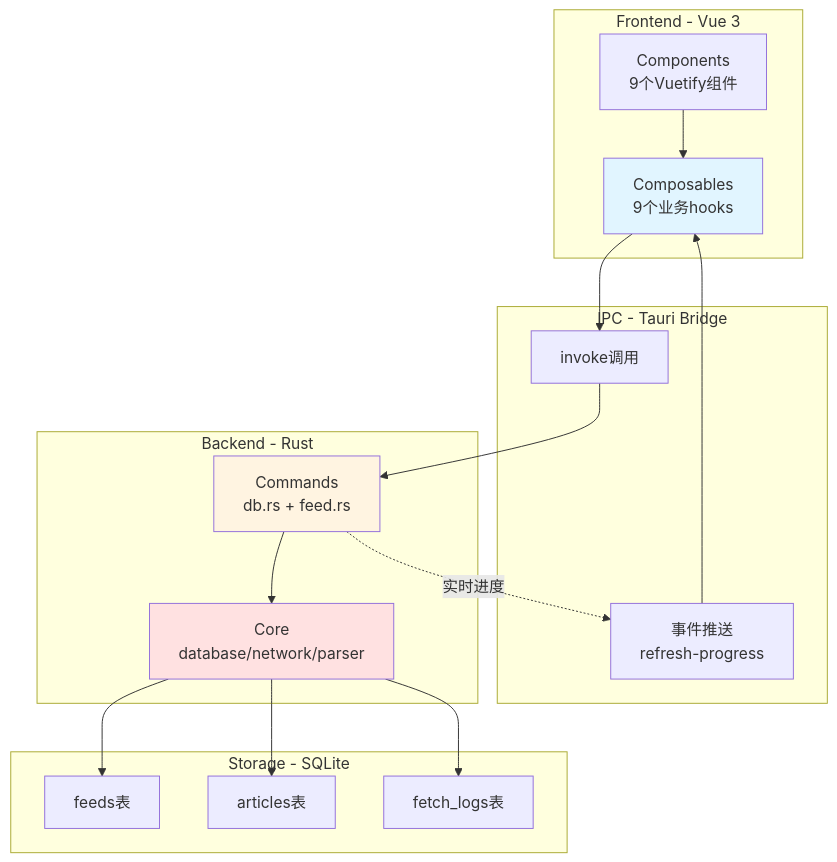
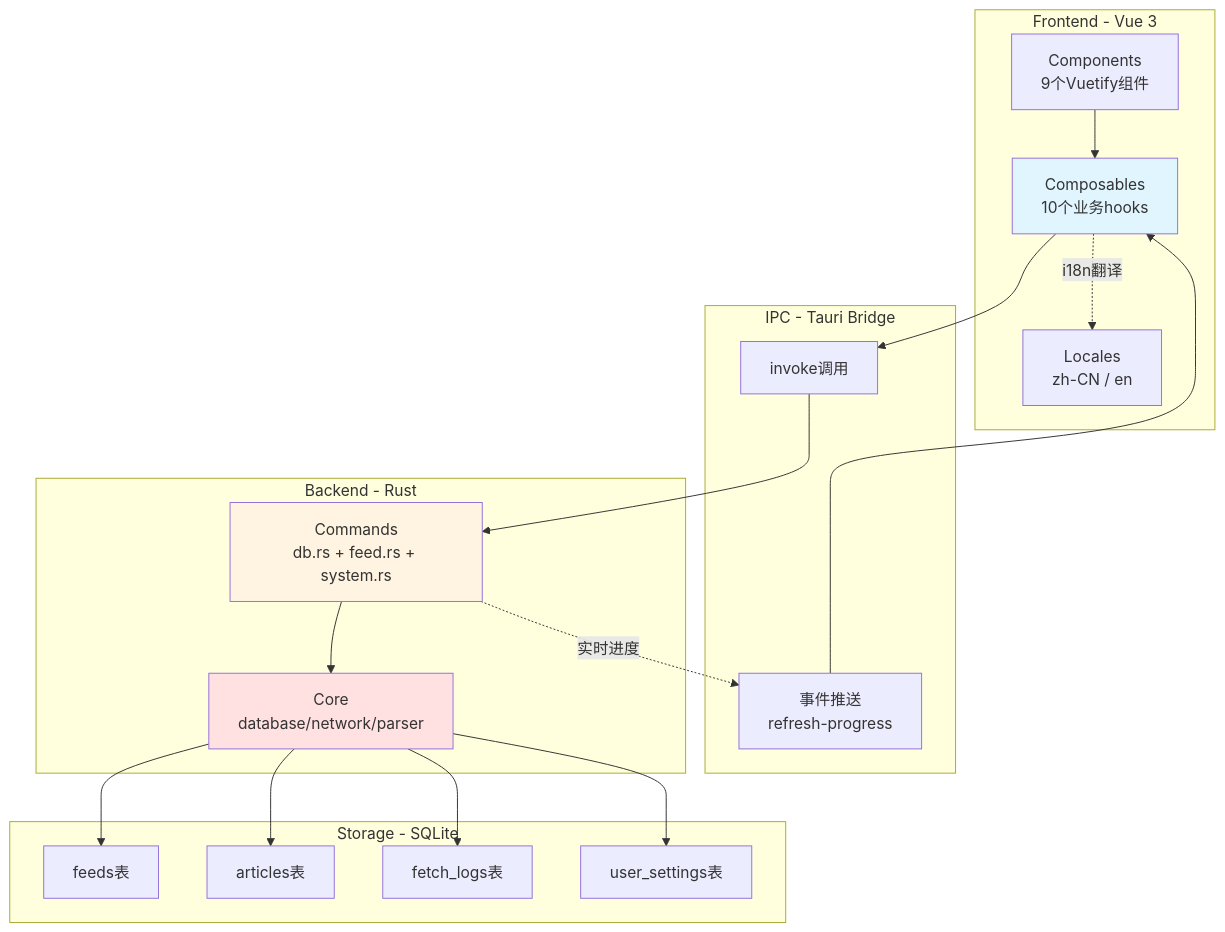
The diagram in .wiki/Architecture.md (shawicx/scx-rss), drawn with Mermaid before and after one commit. The commit also changed other lines of this file and 25 other files, not shown here.

````diff
--- a/.wiki/Architecture.md
+++ b/.wiki/Architecture.md
@@ -5,37 +5,41 @@
 ```mermaid
 graph TB
     subgraph "Frontend - Vue 3"
         A[Components<br/>9个Vuetify组件]
-        B[Composables<br/>9个业务hooks]
+        B[Composables<br/>10个业务hooks]
+        I18N[Locales<br/>zh-CN / en]
     end
 
     subgraph "IPC - Tauri Bridge"
         C[invoke调用]
         D[事件推送<br/>refresh-progress]
     end
 
     subgraph "Backend - Rust"
-        E[Commands<br/>db.rs + feed.rs]
+        E[Commands<br/>db.rs + feed.rs + system.rs]
         F[Core<br/>database/network/parser]
     end
 
     subgraph "Storage - SQLite"
         G[feeds表]
         H[articles表]
         I[fetch_logs表]
+        J[user_settings表]
     end
 
     A --> B
     B --> C
     C --> E
     E --> F
     F --> G
     F --> H
     F --> I
+    F --> J
     E -.->|实时进度| D
     D --> B
+    B -.->|i18n翻译| I18N
 
     style B fill:#e1f5ff
     style E fill:#fff4e1
     style F fill:#ffe1e1
 ```
````
